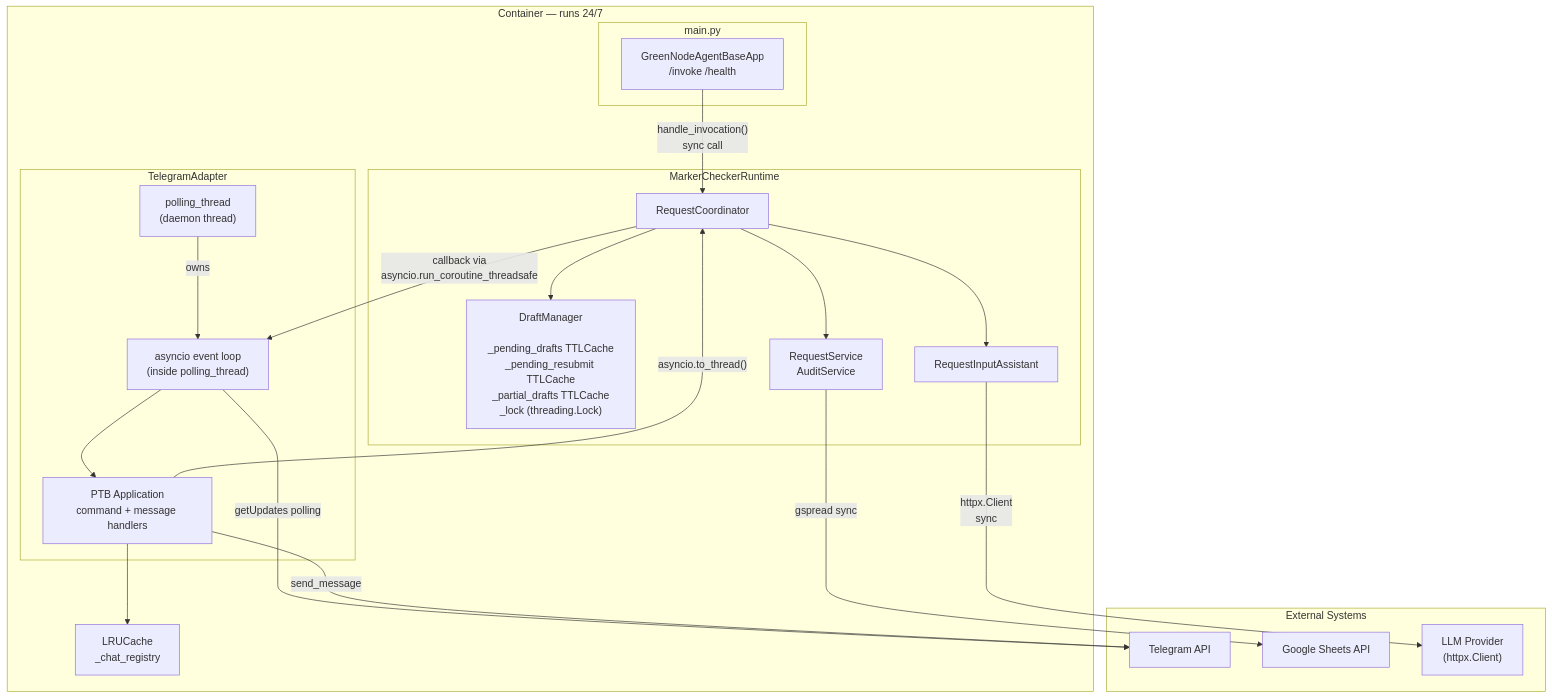
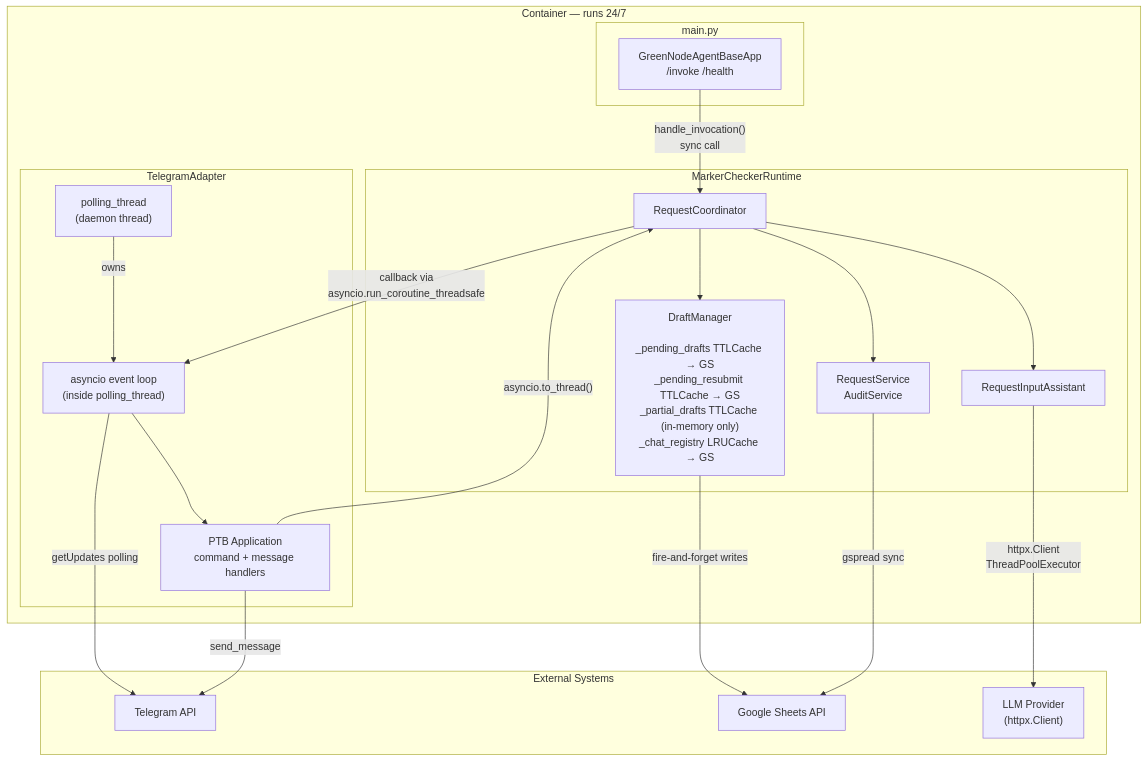
Before and after one commit to nhnhat1208/marker-checker: the fourth of 6 diagrams in docs/technical-design/architecture-diagrams.md, drawn with Mermaid. The commit also changed other lines of this file and 126 other files, not shown here.

````diff
--- a/docs/technical-design/architecture-diagrams.md
+++ b/docs/technical-design/architecture-diagrams.md
@@ -11,43 +137,41 @@
 ```mermaid
 graph TB
     subgraph ext["External Systems"]
         TG["Telegram API"]
         GS["Google Sheets API"]
         LLM["LLM Provider\n(httpx.Client)"]
     end
 
     subgraph container["Container — runs 24/7"]
         subgraph main["main.py"]
             AB["GreenNodeAgentBaseApp\n/invoke  /health"]
         end
 
         subgraph runtime["MarkerCheckerRuntime"]
             ORCH["RequestCoordinator"]
-            DM["DraftManager\n\n_pending_drafts TTLCache\n_pending_resubmit TTLCache\n_partial_drafts TTLCache\n_lock (threading.Lock)"]
+            DM["DraftManager\n\n_pending_drafts TTLCache → GS\n_pending_resubmit TTLCache → GS\n_partial_drafts TTLCache (in-memory only)\n_chat_registry LRUCache → GS"]
             RS["RequestService\nAuditService"]
             AI["RequestInputAssistant"]
         end
 
         subgraph adapter["TelegramAdapter"]
             PT["polling_thread\n(daemon thread)"]
             LOOP["asyncio event loop\n(inside polling_thread)"]
             PTB["PTB Application\ncommand + message handlers"]
         end
-
-        CACHE["LRUCache\n_chat_registry"]
     end
 
     AB -->|"handle_invocation()\nsync call"| ORCH
     ORCH -->|"callback via\nasyncio.run_coroutine_threadsafe"| LOOP
     LOOP --> PTB
     PTB -->|"asyncio.to_thread()"| ORCH
     ORCH --> DM
+    DM -->|"fire-and-forget writes"| GS
     ORCH --> RS
     RS -->|"gspread sync"| GS
     ORCH --> AI
-    AI -->|"httpx.Client\nsync"| LLM
-    PTB --> CACHE
+    AI -->|"httpx.Client\nThreadPoolExecutor"| LLM
     PT -->|"owns"| LOOP
     LOOP -->|"getUpdates polling"| TG
     PTB -->|"send_message"| TG
 ```
````
